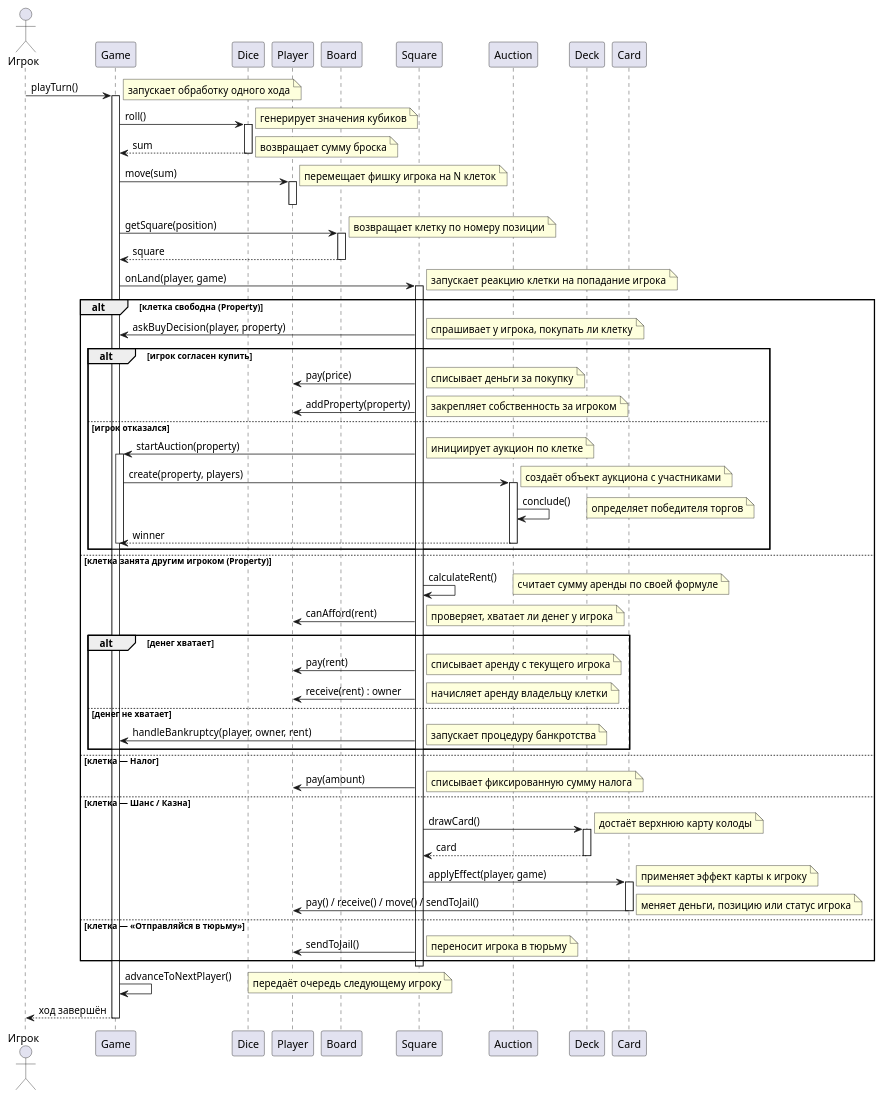
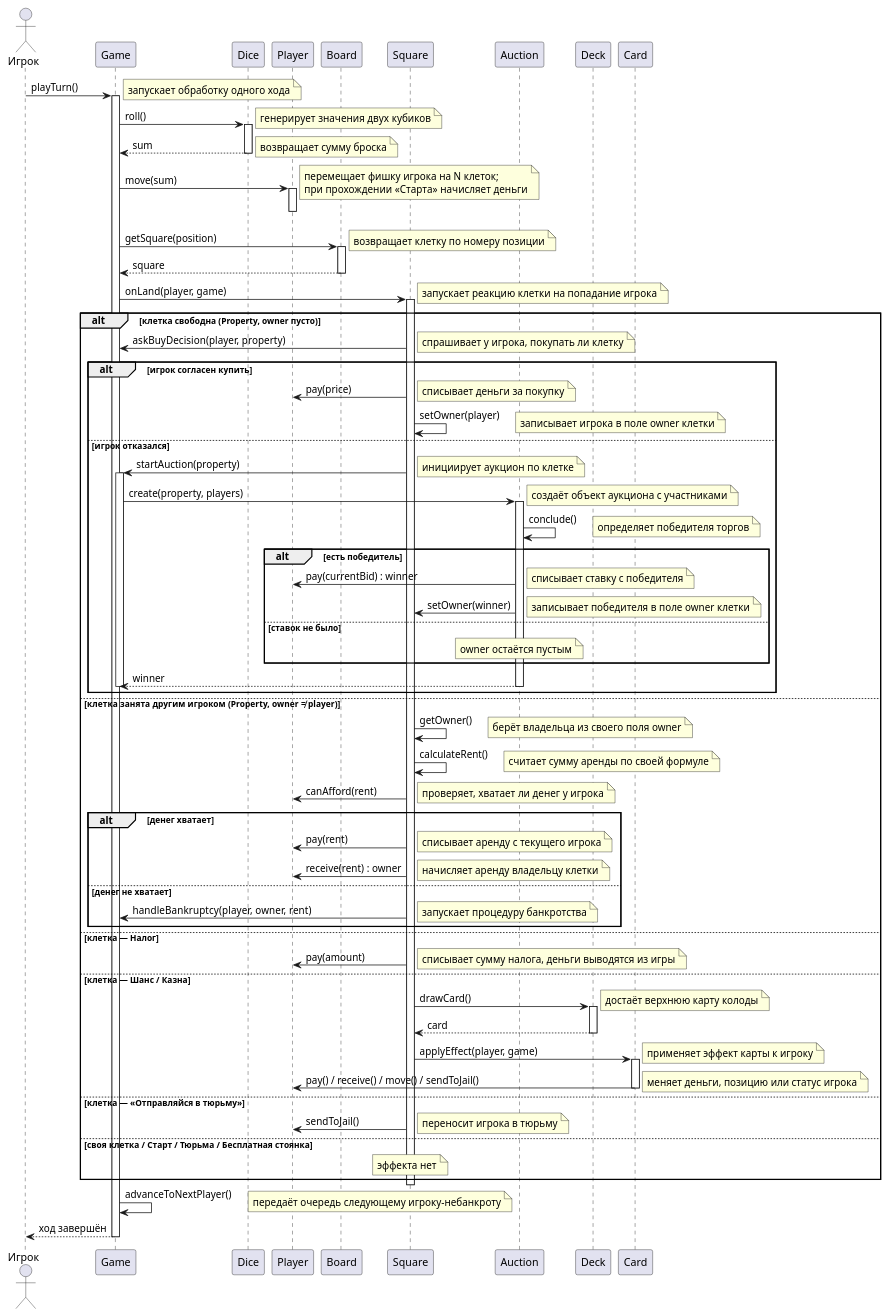
One commit to penamarth/bsbo-11-24_team4_var14_monopoly changed the diagram in прецеденты/Сыграть ход/Диаграмма последовательности Сыграть ход.puml. Above: the diagram before and after it, drawn with PlantUML. The commit also changed 7 other files, not shown here.

```diff
--- a/прецеденты/Сыграть ход/Диаграмма последовательности Сыграть ход.puml
+++ b/прецеденты/Сыграть ход/Диаграмма последовательности Сыграть ход.puml
@@ -1,97 +1,110 @@
 @startuml
 
 actor Игрок
 
 Игрок -> Game : playTurn()
 note right: запускает обработку одного хода
 activate Game
 
 Game -> Dice : roll()
-note right: генерирует значения кубиков
+note right: генерирует значения двух кубиков
 activate Dice
 Game <-- Dice : sum
 note right: возвращает сумму броска
 deactivate Dice
 
 Game -> Player : move(sum)
-note right: перемещает фишку игрока на N клеток
+note right: перемещает фишку игрока на N клеток;\nпри прохождении «Старта» начисляет деньги
 activate Player
 deactivate Player
 
 Game -> Board : getSquare(position)
 note right: возвращает клетку по номеру позиции
 activate Board
 Game <-- Board : square
 deactivate Board
 
 Game -> Square : onLand(player, game)
 note right: запускает реакцию клетки на попадание игрока
 activate Square
 
-alt клетка свободна (Property)
+alt клетка свободна (Property, owner пусто)
     Square -> Game : askBuyDecision(player, property)
     note right: спрашивает у игрока, покупать ли клетку
     alt игрок согласен купить
         Square -> Player : pay(price)
         note right: списывает деньги за покупку
-        Square -> Player : addProperty(property)
-        note right: закрепляет собственность за игроком
+        Square -> Square : setOwner(player)
+        note right: записывает игрока в поле owner клетки
     else игрок отказался
         Square -> Game : startAuction(property)
         note right: инициирует аукцион по клетке
         activate Game
         Game -> Auction : create(property, players)
         note right: создаёт объект аукциона с участниками
         activate Auction
         Auction -> Auction : conclude()
         note right: определяет победителя торгов
+        alt есть победитель
+            Auction -> Player : pay(currentBid) : winner
+            note right: списывает ставку с победителя
+            Auction -> Square : setOwner(winner)
+            note right: записывает победителя в поле owner клетки
+        else ставок не было
+            note over Auction: owner остаётся пустым
+        end
         Game <-- Auction : winner
         deactivate Auction
         deactivate Game
     end
 
-else клетка занята другим игроком (Property)
+else клетка занята другим игроком (Property, owner ≠ player)
+    Square -> Square : getOwner()
+    note right: берёт владельца из своего поля owner
     Square -> Square : calculateRent()
     note right: считает сумму аренды по своей формуле
     Square -> Player : canAfford(rent)
     note right: проверяет, хватает ли денег у игрока
     alt денег хватает
         Square -> Player : pay(rent)
         note right: списывает аренду с текущего игрока
         Square -> Player : receive(rent) : owner
         note right: начисляет аренду владельцу клетки
     else денег не хватает
         Square -> Game : handleBankruptcy(player, owner, rent)
         note right: запускает процедуру банкротства
     end
 
 else клетка — Налог
     Square -> Player : pay(amount)
-    note right: списывает фиксированную сумму налога
+    note right: списывает сумму налога, деньги выводятся из игры
 
 else клетка — Шанс / Казна
     Square -> Deck : drawCard()
     note right: достаёт верхнюю карту колоды
     activate Deck
     Square <-- Deck : card
     deactivate Deck
     Square -> Card : applyEffect(player, game)
     note right: применяет эффект карты к игроку
     activate Card
     Card -> Player : pay() / receive() / move() / sendToJail()
     note right: меняет деньги, позицию или статус игрока
     deactivate Card
 
 else клетка — «Отправляйся в тюрьму»
     Square -> Player : sendToJail()
     note right: переносит игрока в тюрьму
+
+else своя клетка / Старт / Тюрьма / Бесплатная стоянка
+    note over Square: эффекта нет
 end
 
 deactivate Square
 
 Game -> Game : advanceToNextPlayer()
-note right: передаёт очередь следующему игроку
+note right: передаёт очередь следующему игроку-небанкроту
 Игрок <-- Game : ход завершён
 deactivate Game
 
 @enduml
```
